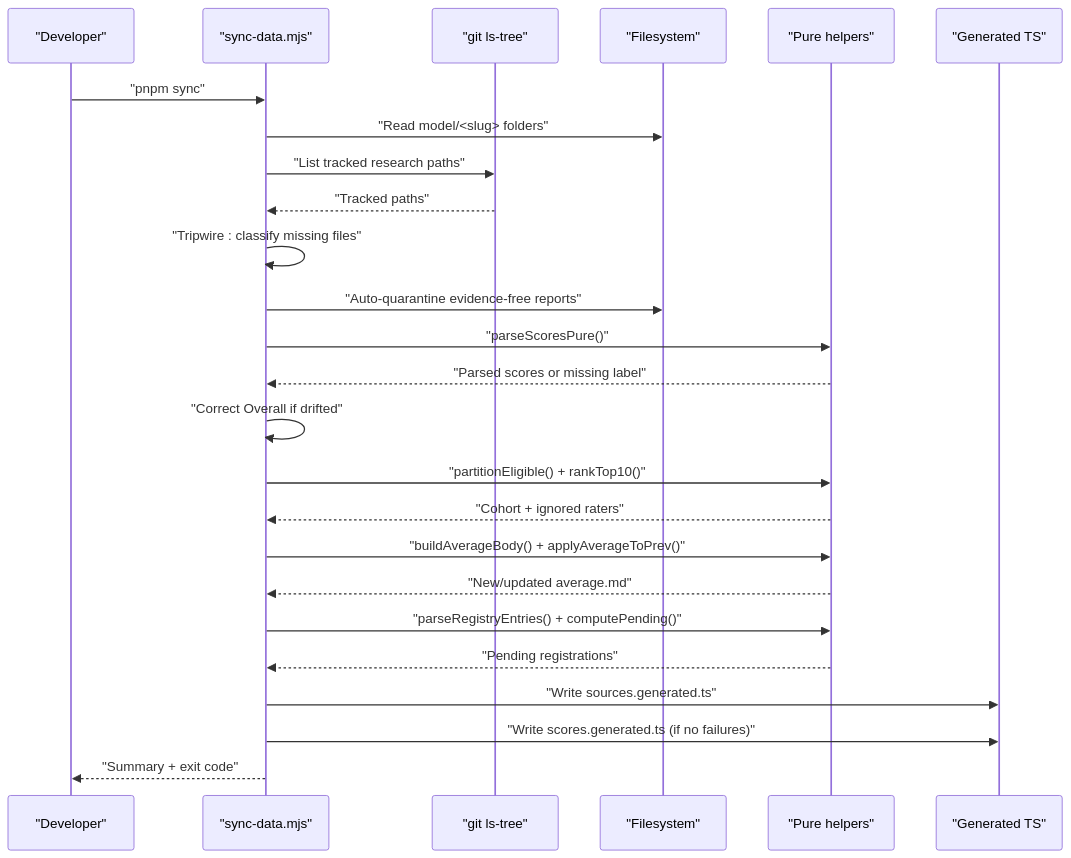
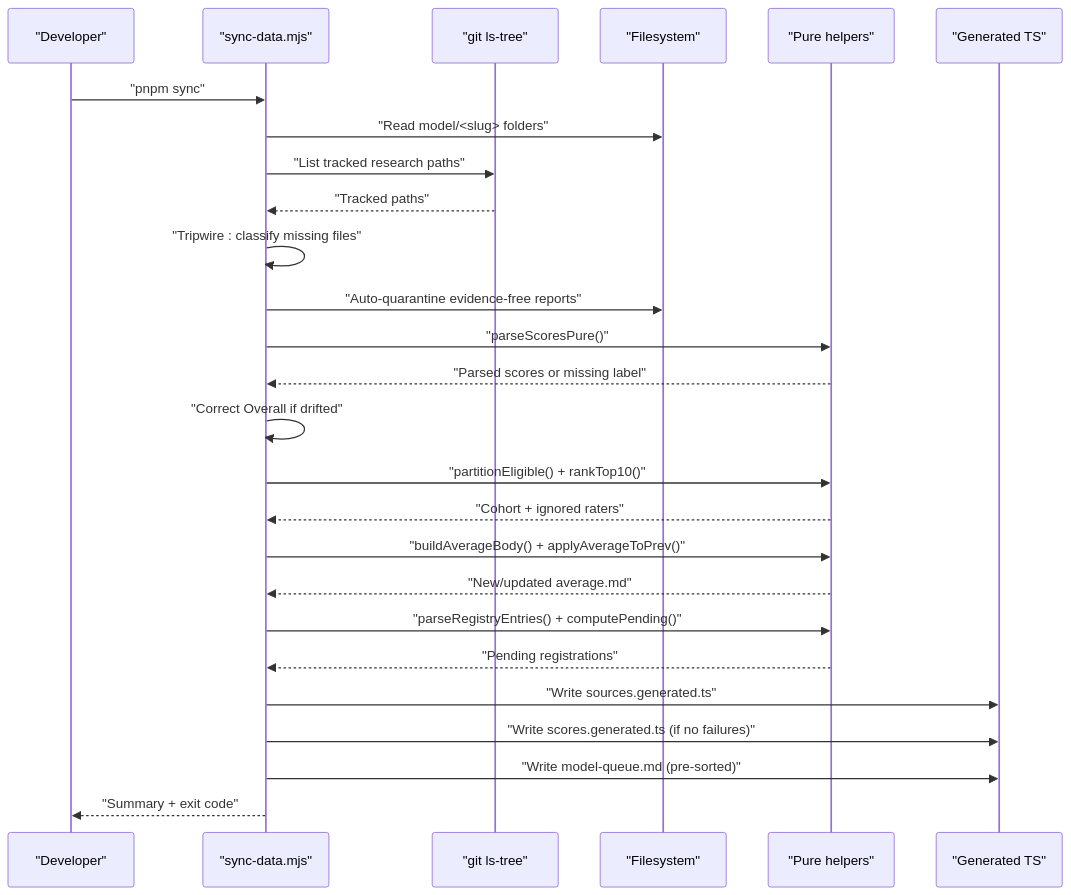
The third of 8 diagrams in .qoder/repowiki/en/content/Build & Development Pipeline/Build & Development Pipeline.md (delirium-dj/modelcomp), drawn with Mermaid before and after one commit. The commit also changed other lines of this file and 141 other files, not shown here.

````diff
--- a/.qoder/repowiki/en/content/Build & Development Pipeline/Build & Development Pipeline.md
+++ b/.qoder/repowiki/en/content/Build & Development Pipeline/Build & Development Pipeline.md
@@ -191,27 +186,28 @@
 ```mermaid
 sequenceDiagram
 participant Dev as "Developer"
 participant Sync as "sync-data.mjs"
 participant Git as "git ls-tree"
 participant FS as "Filesystem"
 participant Lib as "Pure helpers"
 participant Gen as "Generated TS"
 Dev->>Sync : "pnpm sync"
 Sync->>FS : "Read model/<slug> folders"
 Sync->>Git : "List tracked research paths"
 Git-->>Sync : "Tracked paths"
 Sync->>Sync : "Tripwire : classify missing files"
 Sync->>FS : "Auto-quarantine evidence-free reports"
 Sync->>Lib : "parseScoresPure()"
 Lib-->>Sync : "Parsed scores or missing label"
 Sync->>Sync : "Correct Overall if drifted"
 Sync->>Lib : "partitionEligible() + rankTop10()"
 Lib-->>Sync : "Cohort + ignored raters"
 Sync->>Lib : "buildAverageBody() + applyAverageToPrev()"
 Lib-->>Sync : "New/updated average.md"
 Sync->>Lib : "parseRegistryEntries() + computePending()"
 Lib-->>Sync : "Pending registrations"
 Sync->>Gen : "Write sources.generated.ts"
 Sync->>Gen : "Write scores.generated.ts (if no failures)"
+Sync->>Gen : "Write model-queue.md (pre-sorted)"
 Sync-->>Dev : "Summary + exit code"
 ```
````
